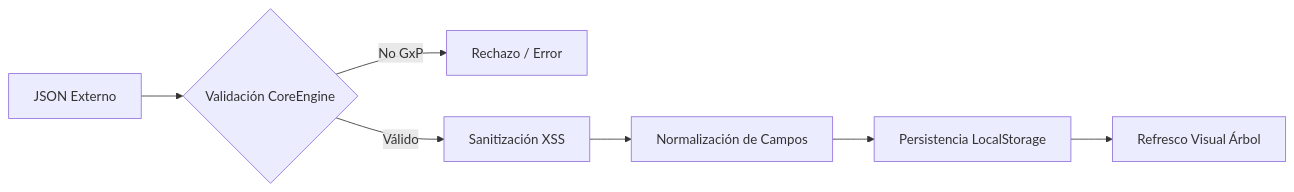
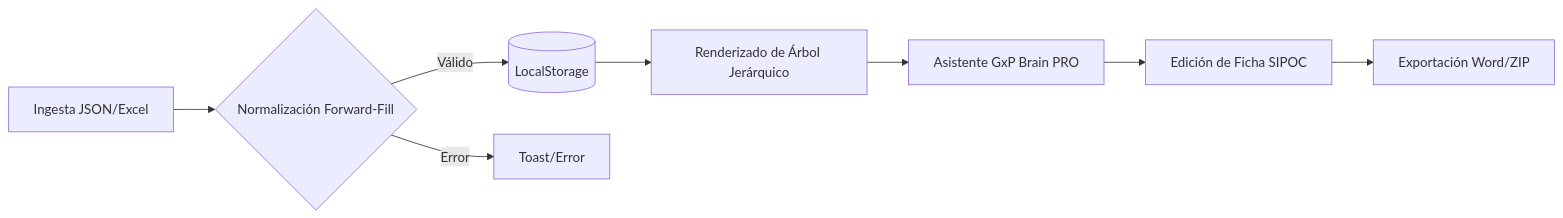
One commit to waltervasquezpina-arch/automatizacion_GxP changed the diagram in doc/04_Flujos_Eventos.md. Above: the diagram before and after it, drawn with Mermaid. The commit also changed other lines of this file and 21 other files, not shown here.

````diff
--- a/doc/04_Flujos_Eventos.md
+++ b/doc/04_Flujos_Eventos.md
@@ -30,9 +6,10 @@
 ```mermaid
 graph LR
-    A[JSON Externo] --> B{Validación CoreEngine}
-    B -- No GxP --> C[Rechazo / Error]
-    B -- Válido --> D[Sanitización XSS]
-    D --> E[Normalización de Campos]
-    E --> F[Persistencia LocalStorage]
-    F --> G[Refresco Visual Árbol]
+    Input[Ingesta JSON/Excel] --> Normalizar{Normalización Forward-Fill}
+    Normalizar -->|Válido| DB[(LocalStorage)]
+    Normalizar -->|Error| Alerta[Toast/Error]
+    DB --> View[Renderizado de Árbol Jerárquico]
+    View --> AI[Asistente GxP Brain PRO]
+    AI --> Edit[Edición de Ficha SIPOC]
+    Edit --> Export[Exportación Word/ZIP]
 ```
````
